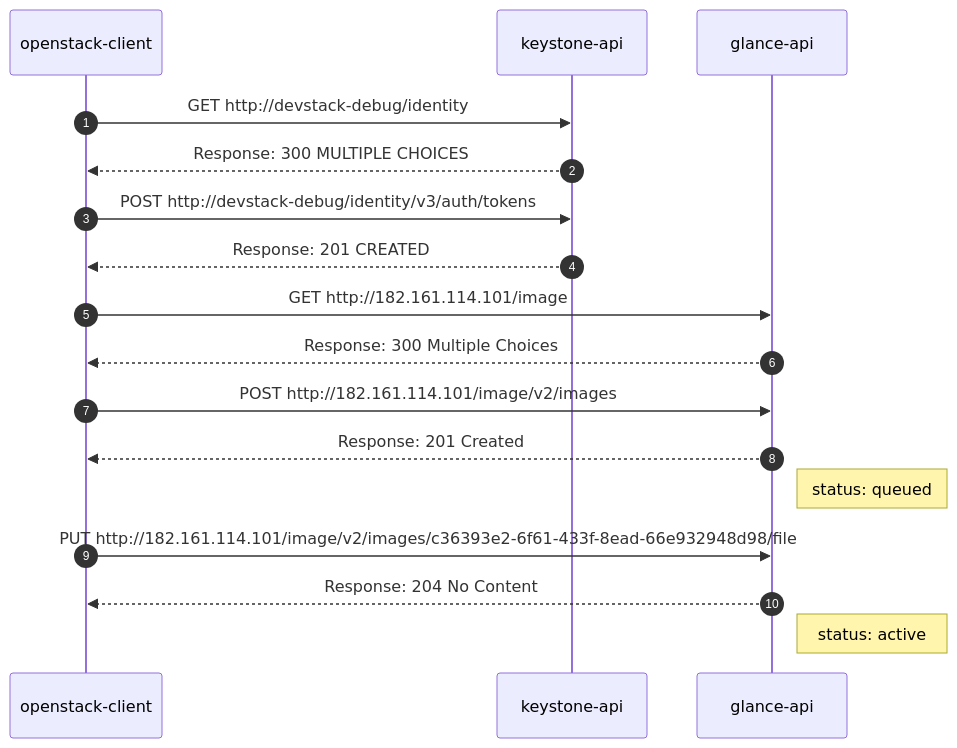
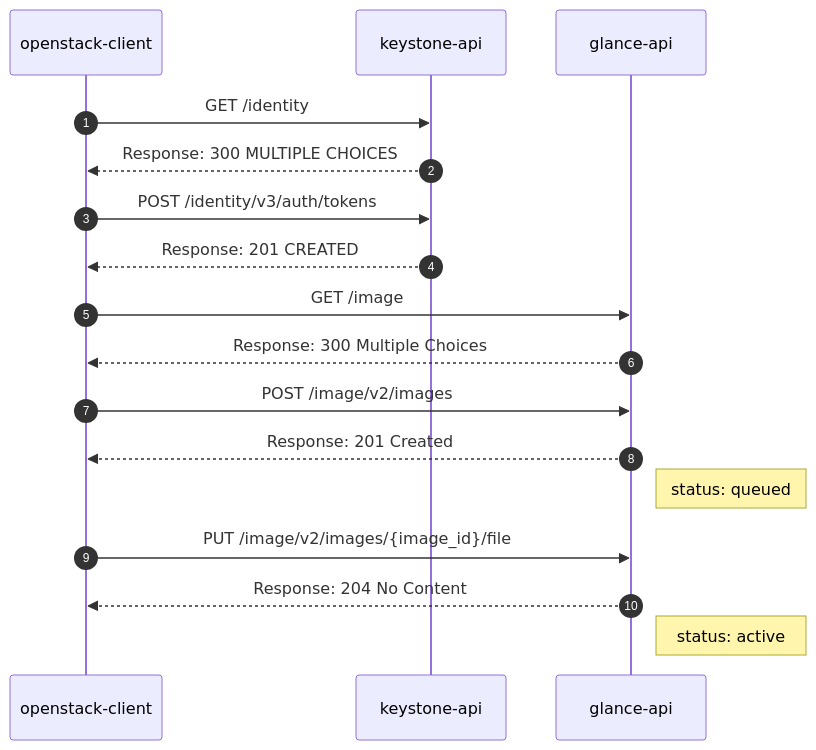
One commit to jade-kinx/jade-kinx.github.io changed the diagram in docs/openstack/sequence/image/create.md. Above: the diagram before and after it, drawn with Mermaid. The commit also changed other lines of this file and 8 other files, not shown here.

````diff
--- a/docs/openstack/sequence/image/create.md
+++ b/docs/openstack/sequence/image/create.md
@@ -49,19 +49,19 @@
 ``` mermaid
 sequenceDiagram
   autonumber
   participant client as openstack-client
   participant keystone as keystone-api
   participant glance as glance-api
-  client->>keystone: GET http://devstack-debug/identity
+  client->>keystone: GET /identity
   keystone-->>client: Response: 300 MULTIPLE CHOICES
-  client->>keystone: POST http://devstack-debug/identity/v3/auth/tokens
+  client->>keystone: POST /identity/v3/auth/tokens
   keystone-->>client: Response: 201 CREATED
-  client->>glance: GET http://182.161.114.101/image
+  client->>glance: GET /image
   glance-->>client: Response: 300 Multiple Choices
-  client->>glance: POST http://182.161.114.101/image/v2/images
+  client->>glance: POST /image/v2/images
   glance-->>client: Response: 201 Created
   Note right of glance: status: queued
-  client->>glance: PUT http://182.161.114.101/image/v2/images/c36393e2-6f61-433f-8ead-66e932948d98/file
+  client->>glance: PUT /image/v2/images/{image_id}/file
   glance-->>client: Response: 204 No Content
   Note right of glance: status: active
 ```
````
